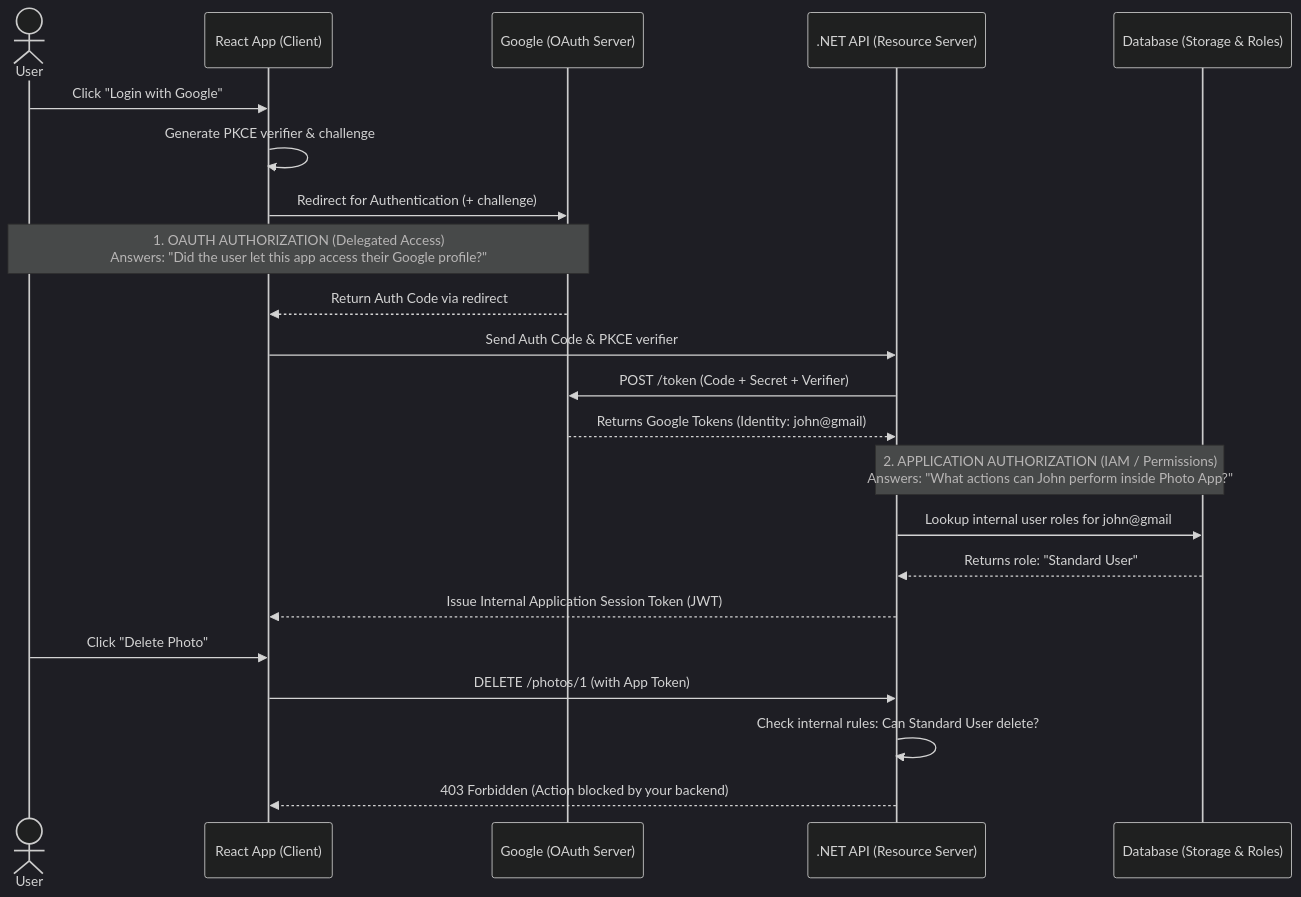
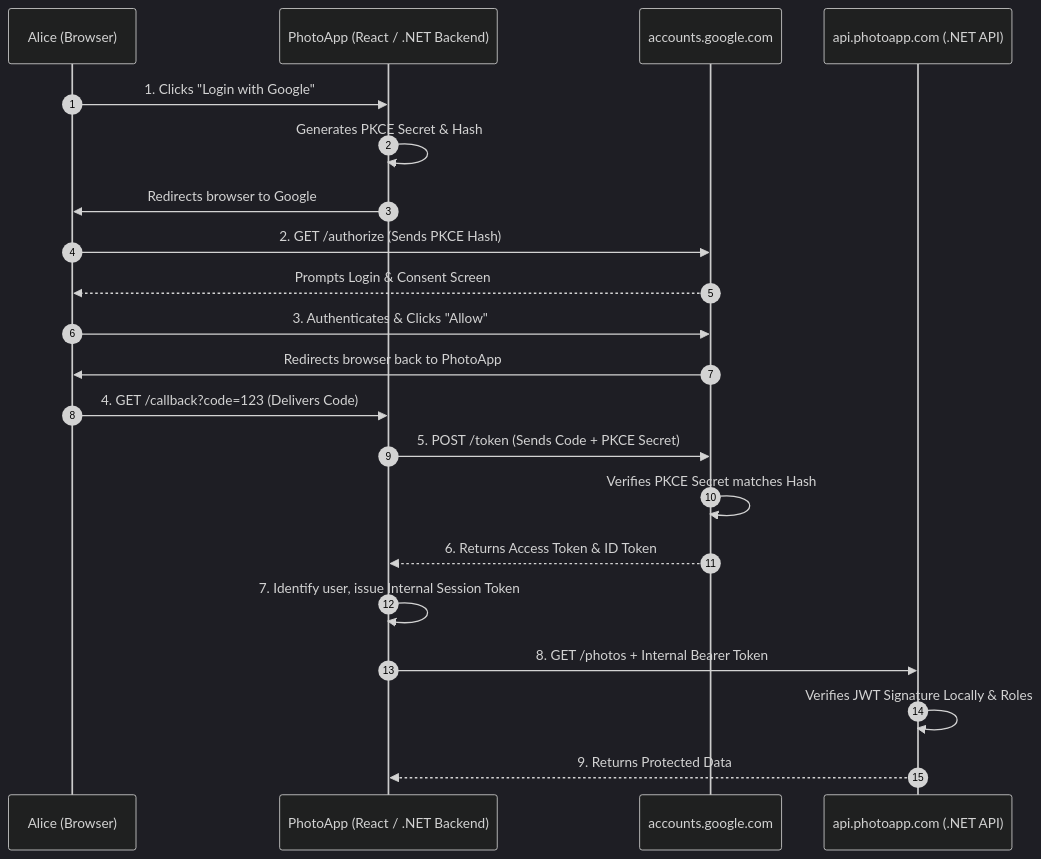
Before and after one commit to nirajp82/IdentityAccessManagement_IAM: the second of 5 diagrams in 02_AuthN_Federation/05_OAuth_Intro.md, drawn with Mermaid (dark theme). The commit also changed other lines of this file, not shown here.

````diff
--- a/02_AuthN_Federation/05_OAuth_Intro.md
+++ b/02_AuthN_Federation/05_OAuth_Intro.md
@@ -259,29 +248,25 @@
 ```mermaid
 sequenceDiagram
-    actor User
-    participant React as React App (Client)
-    participant Google as Google (OAuth Server)
-    participant API as .NET API (Resource Server)
-    participant DB as Database (Storage & Roles)
+    autonumber
+    participant Alice as Alice (Browser)
+    participant React as PhotoApp (React / .NET Backend)
+    participant Google as accounts.google.com
+    participant API as api.photoapp.com (.NET API)
 
-    User->>React: Click "Login with Google"
-    React->>React: Generate PKCE verifier & challenge
-    React->>Google: Redirect for Authentication (+ challenge)
-    
-    Note over User,Google: 1. OAUTH AUTHORIZATION (Delegated Access)<br/>Answers: "Did the user let this app access their Google profile?"
-    Google-->>React: Return Auth Code via redirect
-    React->>API: Send Auth Code & PKCE verifier
-    API->>Google: POST /token (Code + Secret + Verifier)
-    Google-->>API: Returns Google Tokens (Identity: john@gmail)
-    
-    Note over API,DB: 2. APPLICATION AUTHORIZATION (IAM / Permissions)<br/>Answers: "What actions can John perform inside Photo App?"
-    API->>DB: Lookup internal user roles for john@gmail
-    DB-->>API: Returns role: "Standard User"
-    API-->>React: Issue Internal Application Session Token (JWT)
-    
-    User->>React: Click "Delete Photo"
-    React->>API: DELETE /photos/1 (with App Token)
-    API->>API: Check internal rules: Can Standard User delete?
-    API-->>React: 403 Forbidden (Action blocked by your backend)
+    Alice->>React: 1. Clicks "Login with Google"
+    React->>React: Generates PKCE Secret & Hash
+    React->>Alice: Redirects browser to Google
+    Alice->>Google: 2. GET /authorize (Sends PKCE Hash)
+    Google-->>Alice: Prompts Login & Consent Screen
+    Alice->>Google: 3. Authenticates & Clicks "Allow"
+    Google->>Alice: Redirects browser back to PhotoApp
+    Alice->>React: 4. GET /callback?code=123 (Delivers Code)
+    React->>Google: 5. POST /token (Sends Code + PKCE Secret)
+    Google->>Google: Verifies PKCE Secret matches Hash
+    Google-->>React: 6. Returns Access Token & ID Token
+    React->>React: 7. Identify user, issue Internal Session Token
+    React->>API: 8. GET /photos + Internal Bearer Token
+    API->>API: Verifies JWT Signature Locally & Roles
+    API-->>React: 9. Returns Protected Data
 
 ```
````
